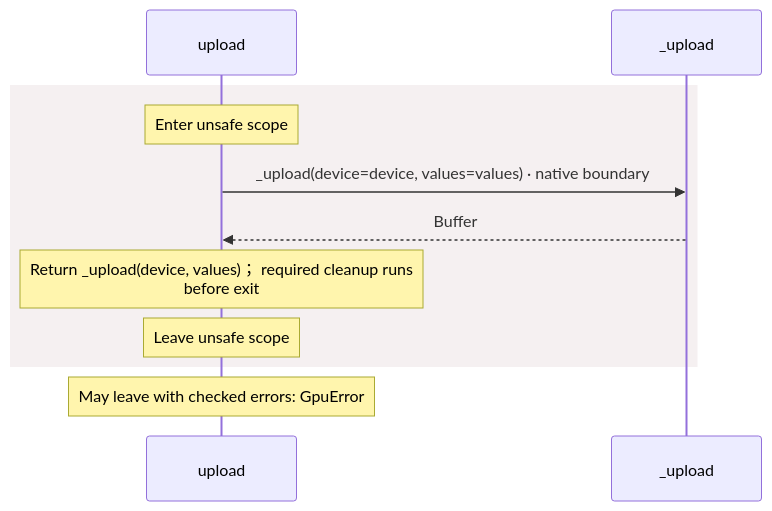
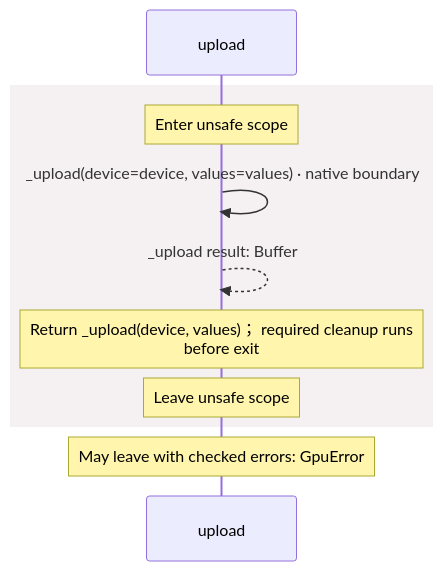
One commit to GreenPandaStudios/augscript changed the second of 4 diagrams in docs/examples/native-gpu/dependencies/packages/@greenpandastudios/aug-gpu/0.1.1/api-diagrams.md. Above: the diagram before and after it, drawn with Mermaid. The commit also changed other lines of this file and 304 other files, not shown here.

Commit message:
Make generated data-flow sequences concise and review every diagram

````diff
--- a/docs/examples/native-gpu/dependencies/packages/@greenpandastudios/aug-gpu/0.1.1/api-diagrams.md
+++ b/docs/examples/native-gpu/dependencies/packages/@greenpandastudios/aug-gpu/0.1.1/api-diagrams.md
@@ -108,13 +88,13 @@
 ```mermaid
 sequenceDiagram
     participant p0 as upload
-    participant p1 as _upload
+
     rect rgb(245, 240, 241)
     Note over p0: Enter unsafe scope
-    p0->>p1: _upload(device=device, values=values) · native boundary
-    p1-->>p0: Buffer
+    p0->>p0: _upload(device=device, values=values) · native boundary
+    p0-->>p0: _upload result: Buffer
     Note over p0: Return _upload(device, values)； required cleanup runs<br/>before exit
     Note over p0: Leave unsafe scope
     end
     Note over p0: May leave with checked errors: GpuError
 ```
````
